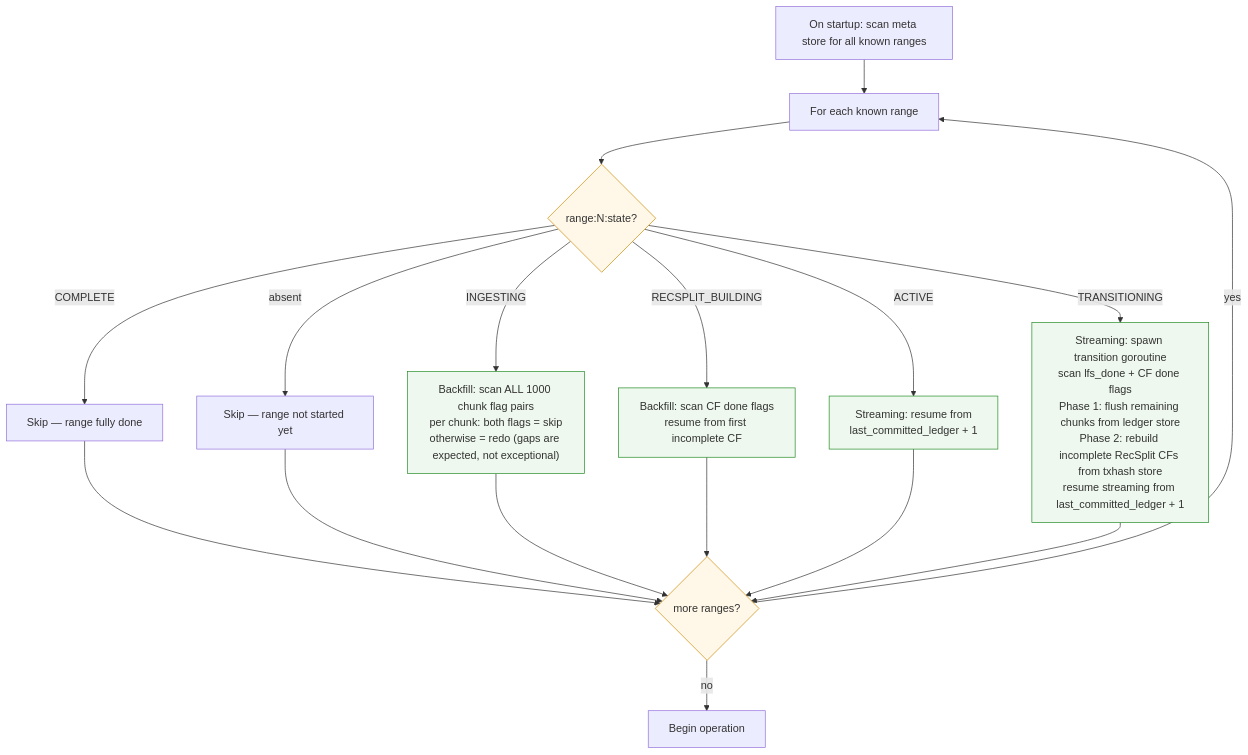
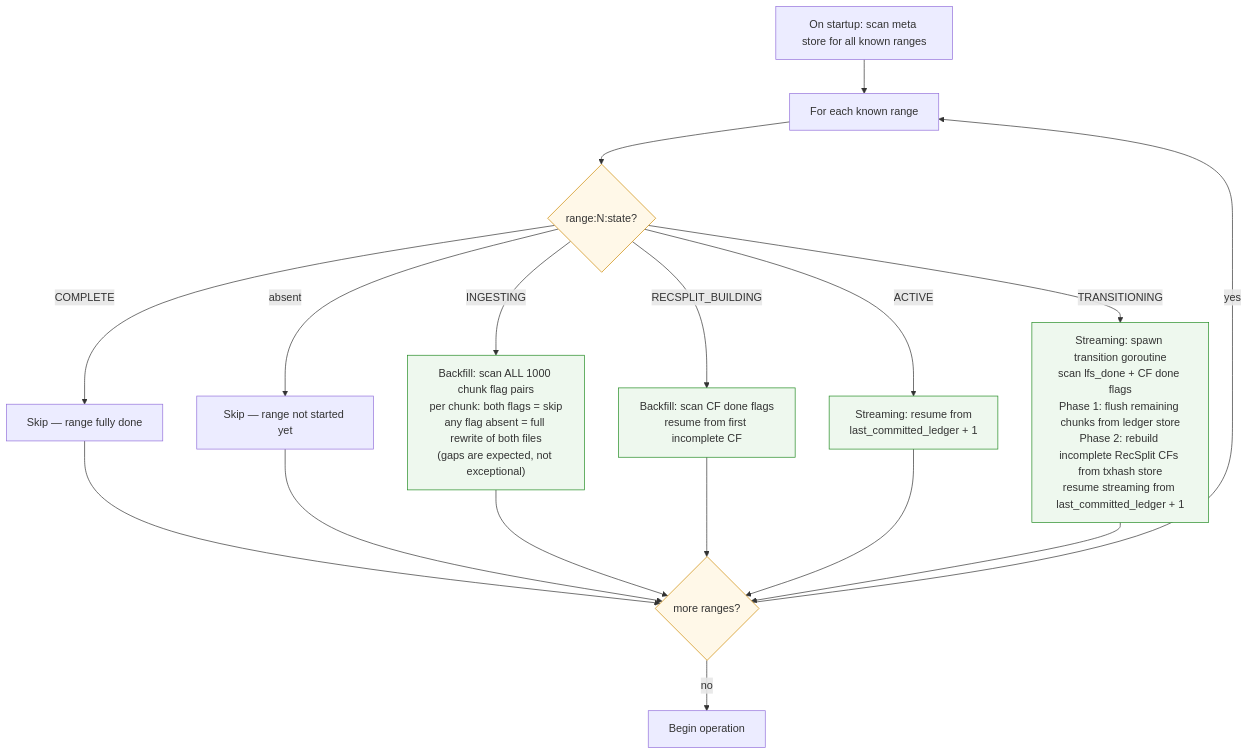
Before and after one commit to karthikiyer56/stellar-full-history-ingestion: the third of 3 diagrams in design-docs-v2/07-crash-recovery.md, drawn with Mermaid. The commit also changed other lines of this file and 10 other files, not shown here.

````diff
--- a/design-docs-v2/07-crash-recovery.md
+++ b/design-docs-v2/07-crash-recovery.md
@@ -1034,22 +1292,22 @@
 ```mermaid
 flowchart TD
     classDef decision fill:#fff8e8,stroke:#cc8800
     classDef action fill:#eef8ee,stroke:#228b22
 
     START["On startup: scan meta store for all known ranges"] --> FOREACH["For each known range"]
     FOREACH --> RS{range:N:state?}:::decision
     RS -->|COMPLETE| SKIP["Skip — range fully done"]
     RS -->|absent| SKIP2["Skip — range not started yet"]
-    RS -->|INGESTING| BACKFILL_RESUME["Backfill: scan ALL 1000 chunk flag pairs<br/>per chunk: both flags = skip<br/>otherwise = redo (gaps are expected, not exceptional)"]:::action
+    RS -->|INGESTING| BACKFILL_RESUME["Backfill: scan ALL 1000 chunk flag pairs<br/>per chunk: both flags = skip<br/>any flag absent = full rewrite of both files<br/>(gaps are expected, not exceptional)"]:::action
     RS -->|RECSPLIT_BUILDING| RECSPLIT_RESUME["Backfill: scan CF done flags<br/>resume from first incomplete CF"]:::action
     RS -->|ACTIVE| STREAMING_RESUME["Streaming: resume from<br/>last_committed_ledger + 1"]:::action
     RS -->|TRANSITIONING| TRANS_RESUME["Streaming: spawn transition goroutine<br/>scan lfs_done + CF done flags<br/>Phase 1: flush remaining chunks from ledger store<br/>Phase 2: rebuild incomplete RecSplit CFs from txhash store<br/>resume streaming from last_committed_ledger + 1"]:::action
     SKIP --> NEXT{more ranges?}:::decision
     SKIP2 --> NEXT
     BACKFILL_RESUME --> NEXT
     RECSPLIT_RESUME --> NEXT
     STREAMING_RESUME --> NEXT
     TRANS_RESUME --> NEXT
     NEXT -->|yes| FOREACH
     NEXT -->|no| OPERATE["Begin operation"]
 ```
````
